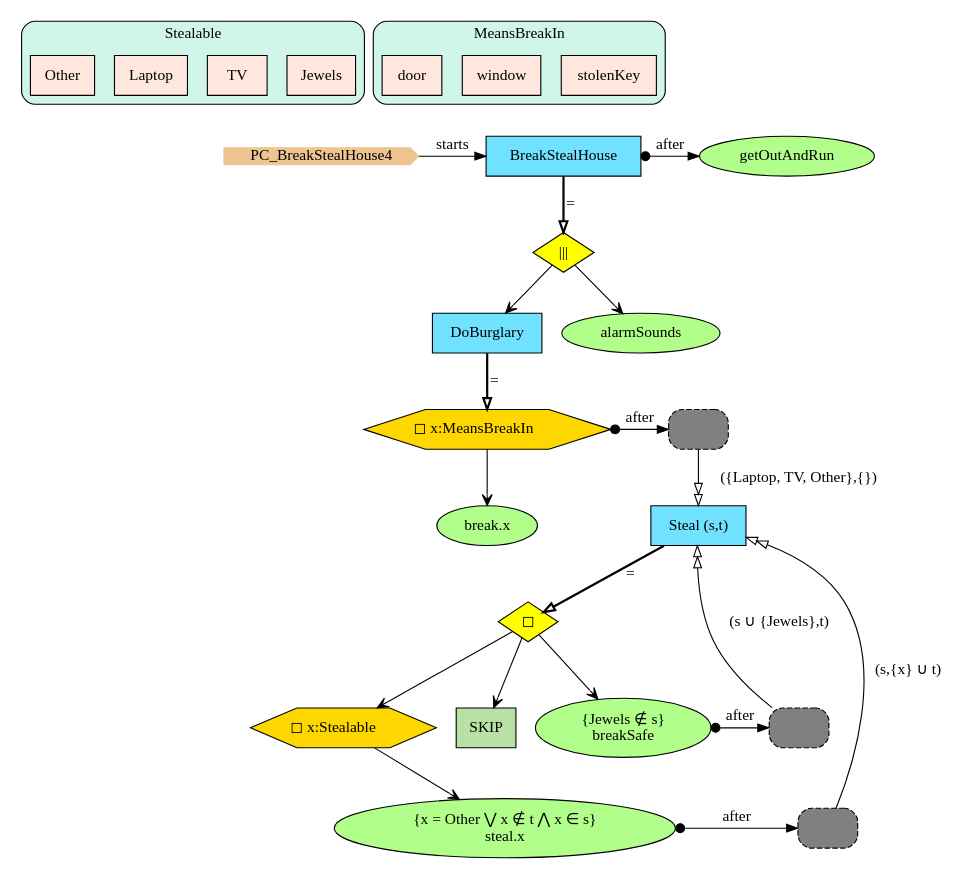
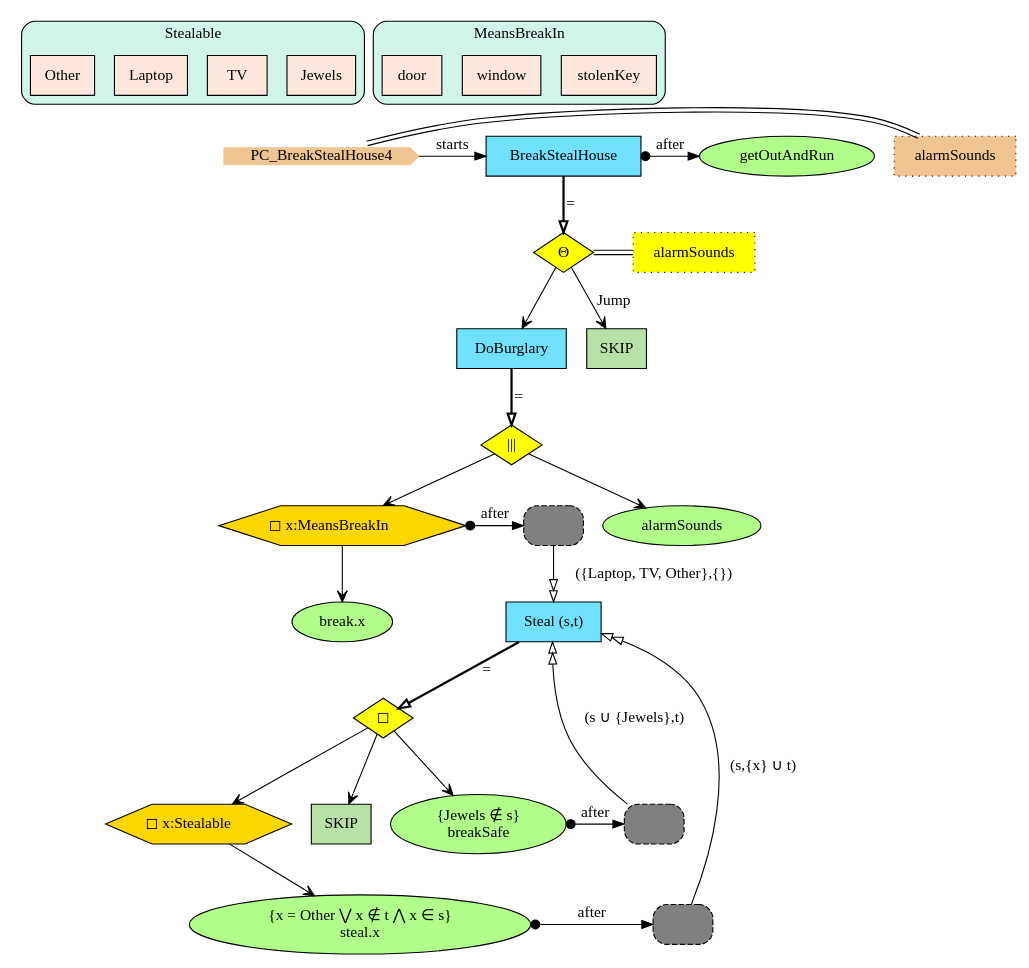
The diagram in Haskell/PCs/Examples/img/PC_BreakStealHouse4.gv (namalio/Fragmenta), drawn with Graphviz before and after one commit. The commit also changed 6 other files, not shown here.

```diff
--- a/Haskell/PCs/Examples/img/PC_BreakStealHouse4.gv
+++ b/Haskell/PCs/Examples/img/PC_BreakStealHouse4.gv
@@ -1,68 +1,78 @@
 digraph {
 subgraph cluster_Stealable {
 style="filled,rounded";
 label =Stealable;
 fillcolor = "#D0F5E9";
 Jewels[shape=box,fillcolor="#FFE7DD",style="filled",label="Jewels"];
 TV[shape=box,fillcolor="#FFE7DD",style="filled",label="TV"];
 Laptop[shape=box,fillcolor="#FFE7DD",style="filled",label="Laptop"];
 Other[shape=box,fillcolor="#FFE7DD",style="filled",label="Other"];
 }
 
 subgraph cluster_MeansBreakIn {
 style="filled,rounded";
 label =MeansBreakIn;
 fillcolor = "#D0F5E9";
 stolenKey[shape=box,fillcolor="#FFE7DD",style="filled",label="stolenKey"];
 window[shape=box,fillcolor="#FFE7DD",style="filled",label="window"];
 door[shape=box,fillcolor="#FFE7DD",style="filled",label="door"];
 }
 
 
 Jewels->StartN_[style=invis]
 StartN_ [shape = cds,color=burlywood2,style=filled,height=.2,width=.2, label =PC_BreakStealHouse4];
 
+StartN__ps[shape=rect,fillcolor=burlywood2,style="filled,dotted",label="alarmSounds"];
+StartN_->StartN__ps [dir=none,color="black:invis:black"];
+{rank=same;StartN_,StartN__ps}
 BreakStealHouse [shape=box,fillcolor="#70E2FF",style = filled,label="BreakStealHouse"];
-Op6ff1b8dc [shape=diamond,fillcolor=yellow,style=filled,label="|||"];
+Op2cc6eaf6 [shape=diamond,fillcolor=yellow,style=filled,label="Θ"];
+Op2cc6eaf6_bs[shape=rect,fillcolor=yellow,style="filled,dotted",label="alarmSounds"];
+Op2cc6eaf6->Op2cc6eaf6_bs [dir=none,color="black:invis:black"];
+{rank=same;Op2cc6eaf6,Op2cc6eaf6_bs}
 DoBurglary [shape=box,fillcolor="#70E2FF",style = filled,label="DoBurglary"];
 break [shape=ellipse,fillcolor="#B1FF8A",style=filled,label="break.x"];
 Steal [shape=box,fillcolor="#70E2FF",style = filled,label="Steal (s,t)"];
-Skipe8cc2e8 [shape=box,fillcolor="#B9E0A5",style = filled,label="SKIP"];
+Skip20f1913b [shape=box,fillcolor="#B9E0A5",style = filled,label="SKIP"];
 steal [shape=ellipse,fillcolor="#B1FF8A",style=filled,label=" {x = Other ⋁ x ∉ t ⋀ x ∈ s}
 steal.x"];
 breakSafe [shape=ellipse,fillcolor="#B1FF8A",style=filled,label=" {Jewels ∉ s}
 breakSafe"];
-RefSteal1aa16132 [shape=rectangle,fillcolor=gray,style="rounded,filled,dashed",label=""];
-RefSteal3d9d761 [shape=rectangle,fillcolor=gray,style="rounded,filled,dashed",label=""];
-Q4c9aaf7f [shape=hexagon,fillcolor=gold1,style=filled,label=<◻︎ x:Stealable>];
-Op66353861 [shape=diamond,fillcolor=yellow,style=filled,label="◻︎"];
-RefSteal1bee77f8 [shape=rectangle,fillcolor=gray,style="rounded,filled,dashed",label=""];
-Q79bb074b [shape=hexagon,fillcolor=gold1,style=filled,label=<◻︎ x:MeansBreakIn>];
+Op3a1f99c2 [shape=diamond,fillcolor=yellow,style=filled,label="|||"];
+Skip4a55b6c9 [shape=box,fillcolor="#B9E0A5",style = filled,label="SKIP"];
+RefSteal74432d4b [shape=rectangle,fillcolor=gray,style="rounded,filled,dashed",label=""];
+RefSteal2a786799 [shape=rectangle,fillcolor=gray,style="rounded,filled,dashed",label=""];
+Q7af48227 [shape=hexagon,fillcolor=gold1,style=filled,label=<◻︎ x:Stealable>];
+Op3767f4e1 [shape=diamond,fillcolor=yellow,style=filled,label="◻︎"];
+RefSteal913c254 [shape=rectangle,fillcolor=gray,style="rounded,filled,dashed",label=""];
+Q59558b3f [shape=hexagon,fillcolor=gold1,style=filled,label=<◻︎ x:MeansBreakIn>];
 alarmSounds [shape=ellipse,fillcolor="#B1FF8A",style=filled,label="alarmSounds"];
 getOutAndRun [shape=ellipse,fillcolor="#B1FF8A",style=filled,label="getOutAndRun"];
 
-{rank=same;RefSteal1bee77f8,Q79bb074b}
+{rank=same;RefSteal913c254,Q59558b3f}
 {rank=same;getOutAndRun,BreakStealHouse}
-{rank=same;RefSteal3d9d761,steal}
-{rank=same;RefSteal1aa16132,breakSafe}
+{rank=same;RefSteal2a786799,steal}
+{rank=same;RefSteal74432d4b,breakSafe}
 {rank=same;BreakStealHouse,StartN_}
 
-RefSteal1aa16132->Steal[arrowhead="normalnormal",fillcolor=white,label=" (s ∪ {Jewels},t)"];
-RefSteal3d9d761->Steal[arrowhead="normalnormal",fillcolor=white,label=" (s,{x} ∪ t)"];
-Q4c9aaf7f->steal[arrowhead="open"];
-Op66353861->Q4c9aaf7f[arrowhead="open"];
-RefSteal1bee77f8->Steal[arrowhead="normalnormal",fillcolor=white,label=" ({Laptop, TV, Other},{})"];
-Q79bb074b->RefSteal1bee77f8[arrowtail=dot,dir=both,label="after"];
-Op6ff1b8dc->alarmSounds[arrowhead="open"];
+Op3a1f99c2->alarmSounds[arrowhead="open"];
+RefSteal74432d4b->Steal[arrowhead="normalnormal",fillcolor=white,label=" (s ∪ {Jewels},t)"];
+RefSteal2a786799->Steal[arrowhead="normalnormal",fillcolor=white,label=" (s,{x} ∪ t)"];
+Q7af48227->steal[arrowhead="open"];
+Op3767f4e1->Q7af48227[arrowhead="open"];
+RefSteal913c254->Steal[arrowhead="normalnormal",fillcolor=white,label=" ({Laptop, TV, Other},{})"];
+Q59558b3f->RefSteal913c254[arrowtail=dot,dir=both,label="after"];
+Op2cc6eaf6->Skip4a55b6c9[arrowhead="open",label="Jump"];
 BreakStealHouse->getOutAndRun[arrowtail=dot,dir=both,label="after"];
-Op6ff1b8dc->DoBurglary[arrowhead="open"];
-Q79bb074b->break[arrowhead="open"];
-Op66353861->Skipe8cc2e8[arrowhead="open"];
-Op66353861->breakSafe[arrowhead="open"];
-steal->RefSteal3d9d761[arrowtail=dot,dir=both,label="after"];
-breakSafe->RefSteal1aa16132[arrowtail=dot,dir=both,label="after"];
-BreakStealHouse->Op6ff1b8dc[arrowhead="onormal",penwidth=2,label="="];
-DoBurglary->Q79bb074b[arrowhead="onormal",penwidth=2,label="="];
-Steal->Op66353861[arrowhead="onormal",penwidth=2,label="="];
+Op2cc6eaf6->DoBurglary[arrowhead="open"];
+Q59558b3f->break[arrowhead="open"];
+Op3767f4e1->Skip20f1913b[arrowhead="open"];
+Op3767f4e1->breakSafe[arrowhead="open"];
+steal->RefSteal2a786799[arrowtail=dot,dir=both,label="after"];
+breakSafe->RefSteal74432d4b[arrowtail=dot,dir=both,label="after"];
+Op3a1f99c2->Q59558b3f[arrowhead="open"];
+BreakStealHouse->Op2cc6eaf6[arrowhead="onormal",penwidth=2,label="="];
+DoBurglary->Op3a1f99c2[arrowhead="onormal",penwidth=2,label="="];
+Steal->Op3767f4e1[arrowhead="onormal",penwidth=2,label="="];
 StartN_->BreakStealHouse[label="starts"];
 }
```
